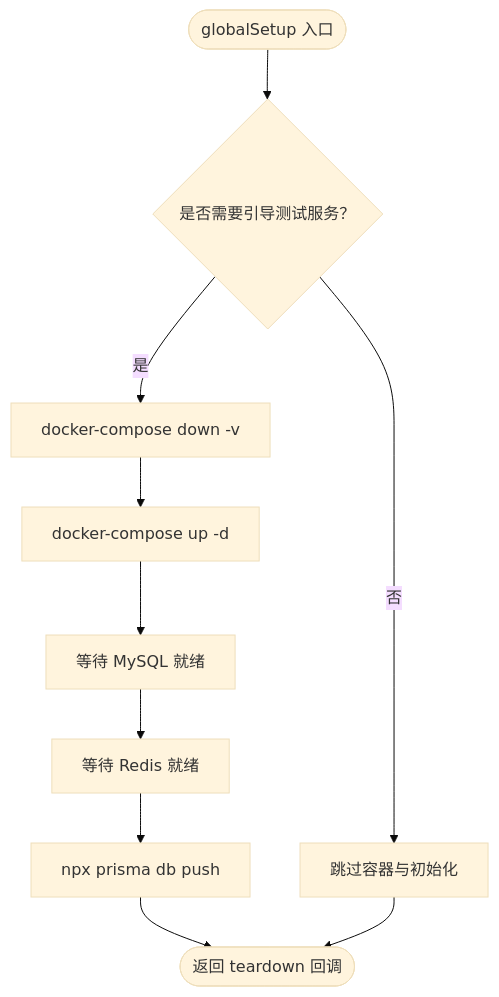
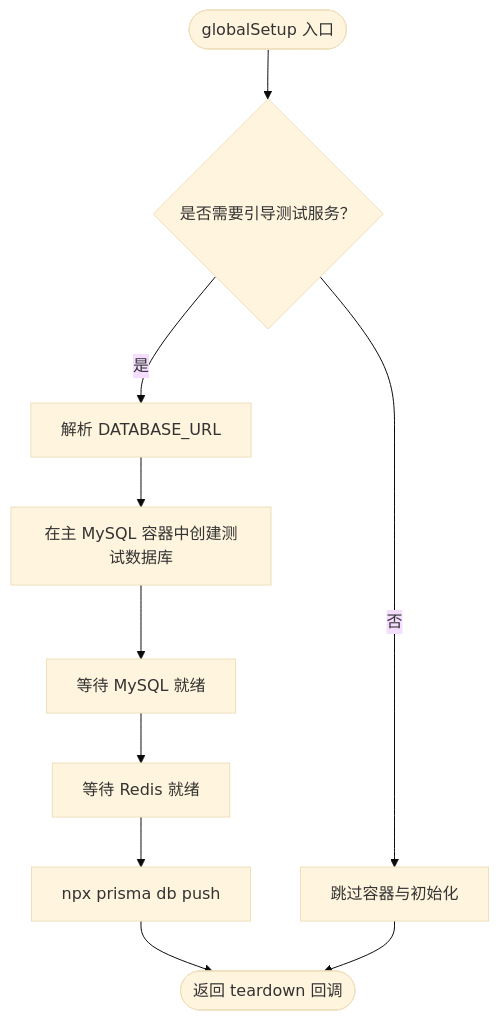
One commit to lyl2021/waoowaoo changed the third of 6 diagrams in .qoder/repowiki/zh/content/测试策略/测试基础设施.md. Above: the diagram before and after it, drawn with Mermaid (base theme). The commit also changed other lines of this file and 41 other files, not shown here.

````diff
--- a/.qoder/repowiki/zh/content/测试策略/测试基础设施.md
+++ b/.qoder/repowiki/zh/content/测试策略/测试基础设施.md
@@ -234,12 +242,12 @@
 ```mermaid
 flowchart TD
 Start(["globalSetup 入口"]) --> CheckBootstrap{"是否需要引导测试服务？"}
 CheckBootstrap --> |否| Skip["跳过容器与初始化"]
-CheckBootstrap --> |是| Down["docker-compose down -v"]
-Down --> Up["docker-compose up -d"]
-Up --> WaitMySQL["等待 MySQL 就绪"]
+CheckBootstrap --> |是| ParseDB["解析 DATABASE_URL"]
+ParseDB --> CreateDB["在主 MySQL 容器中创建测试数据库"]
+CreateDB --> WaitMySQL["等待 MySQL 就绪"]
 WaitMySQL --> WaitRedis["等待 Redis 就绪"]
 WaitRedis --> Push["npx prisma db push"]
 Push --> Done(["返回 teardown 回调"])
 Skip --> Done
 ```
````
